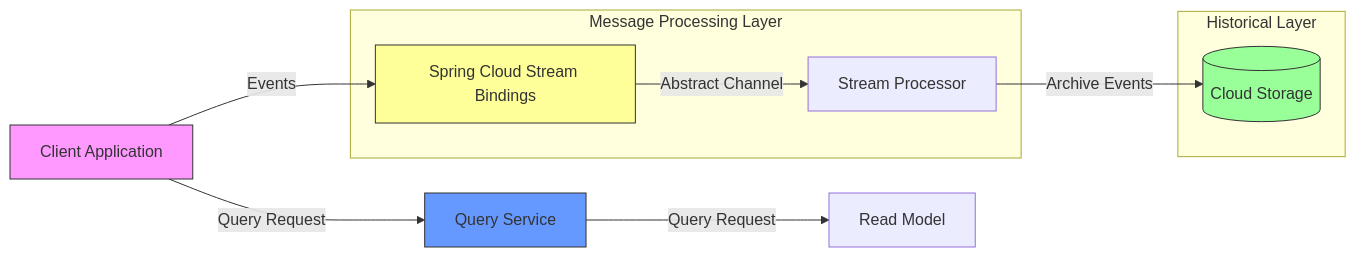
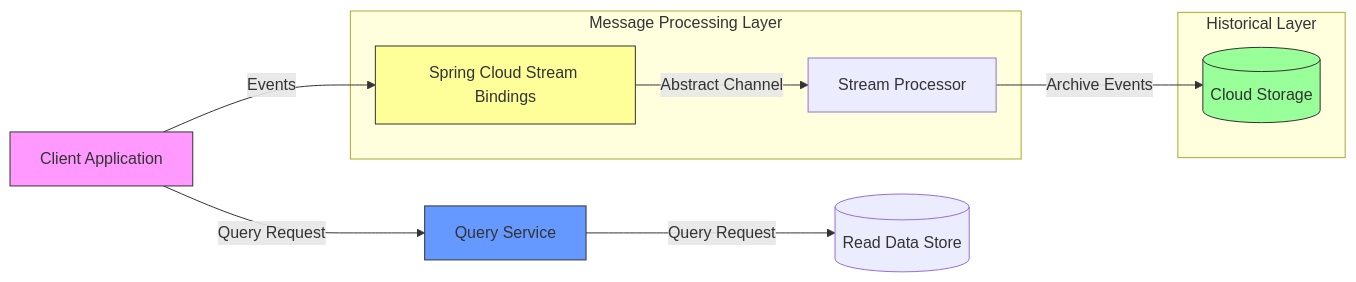
The diagram in diagram/spring cloud streams.md (staruser143/Technology-Talks), drawn with Mermaid before and after one commit.

Commit message:
Update spring cloud streams.md

````diff
--- a/diagram/spring cloud streams.md
+++ b/diagram/spring cloud streams.md
@@ -1,31 +1,32 @@
 ```mermaid
 flowchart LR
     Client[Client Application]
     Binding[Spring Cloud Stream Bindings]
     Processor[Stream Processor]
     CS[(Cloud Storage)]
     QA[Query Service]
-    RDS[Read Model]
+    RDS[(Read Data Store)]
+    
 
     
     Client -->|Events| Binding
     Binding -->|Abstract Channel| Processor
     Processor -->|Archive Events| CS
     Client -->|Query Request| QA
     QA -->|Query Request| RDS
 
     
     subgraph Message Processing Layer
         Binding
         Processor
     end
     
     subgraph Historical Layer
         CS
     end
     
     style Client fill:#f9f,stroke:#333
     style Binding fill:#ff9,stroke:#333
     style CS fill:#9f9,stroke:#333
     style QA fill:#69f,stroke:#333
 ```
````
